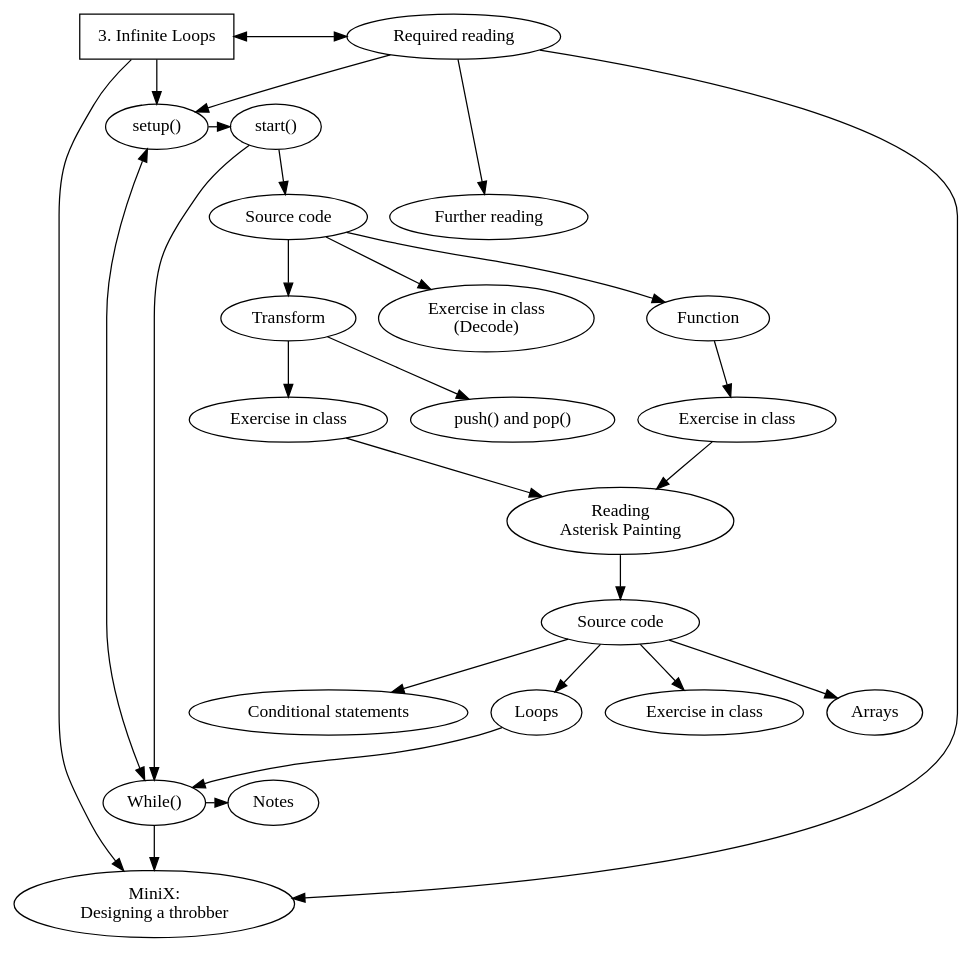
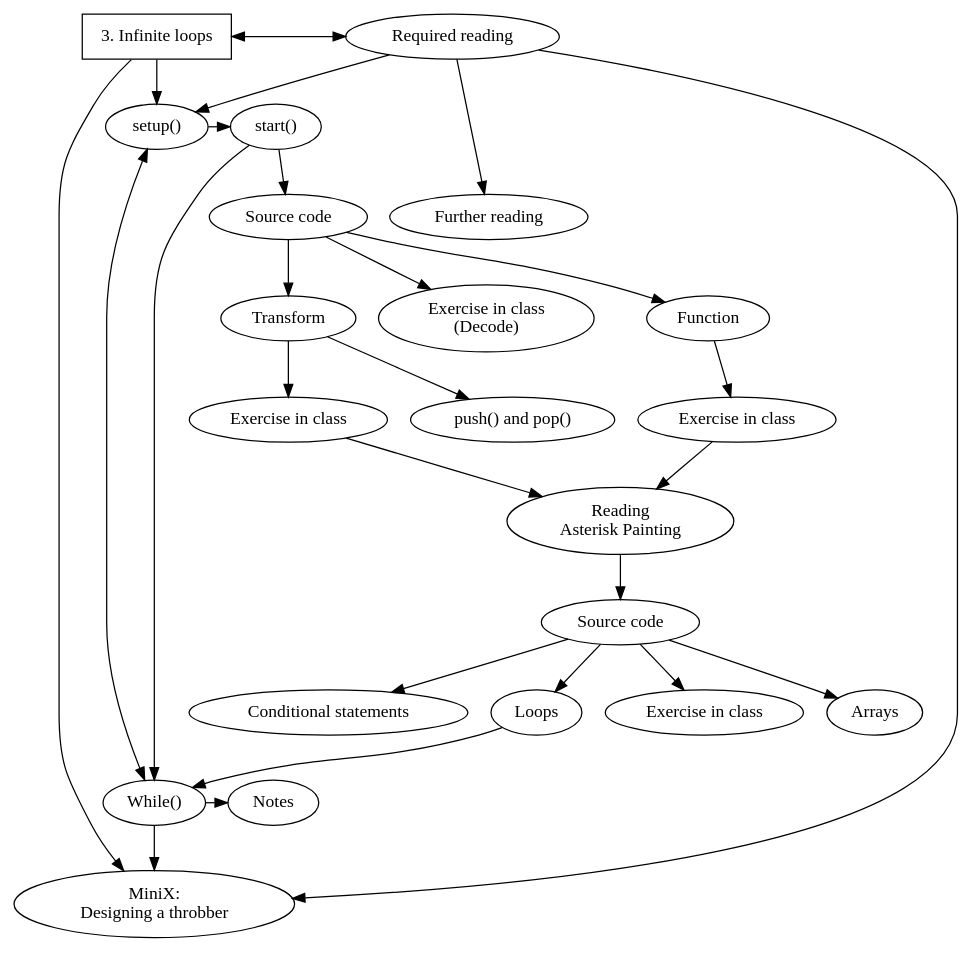
Before and after one commit to danbz/aesthetic-programming: the diagram in graphviz/AP_ch3.dot, drawn with Graphviz. The commit also changed 17 other files, not shown here.

Commit message:
update graphviz

```diff
--- a/graphviz/AP_ch3.dot
+++ b/graphviz/AP_ch3.dot
@@ -1,56 +1,56 @@
 digraph G {
 
 node[fontname="Hershey-Noailles-help-me"]
 
 //labels
 GS [
-label="3. Infinite Loops",
+label="3. Infinite loops",
 style=bold,
 shape=rectangle,
 penwidth="1pt"
 ]
 
 SU [label="setup()"]
 ST [label="start()"]
 DE [label="Exercise in class\n(Decode)"]
 SC [label="Source code"]
 FN [label="Function"]
 EiC [label="Exercise in class"]
 TR [label="Transform"]
 PP [label="push() and pop()"]
 EiC2 [label="Exercise in class"]
 AP [label="Reading \nAsterisk Painting"]
 SC2 [label="Source code"]
 EiC3 [label="Exercise in class"]
 AR [label="Arrays"]
 CS [label="Conditional statements"]
 LO [label="Loops"]
 MW [label="While()"]
 MX [label="MiniX: \nDesigning a throbber"]
 RR [label="Required reading"]
 FR [label="Further reading"]
 Notes [label="Notes"]
 
 //rank
 {rank = same; SU, ST}
 {rank = same; RR, GS}
 {rank = same; MW, Notes}
 {rank = same; FR, SC}
 
 //graph
 GS -> SU -> ST -> SC -> DE;
 GS -> RR[dir=both, minlen=3];
 SU -> MW [dir=both];
 GS -> MX;
 RR -> MX, SU;
 SC -> FN -> EiC;
 TR->PP;
 SC -> TR -> EiC2;
 EiC, EiC2 -> AP -> SC2 -> EiC3
 SC2 -> AR;
 SC2 -> CS;
 SC2 -> LO;
 ST, LO -> MW -> Notes;
 MW -> MX;
 RR -> FR;
 }
```
